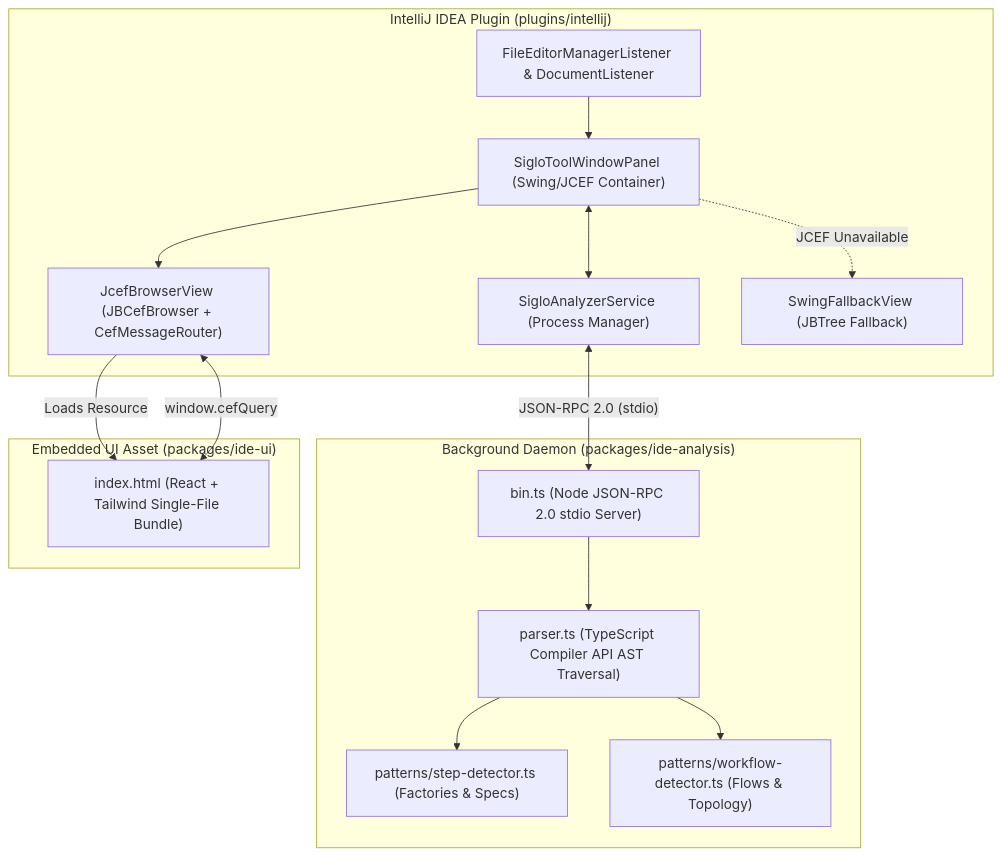
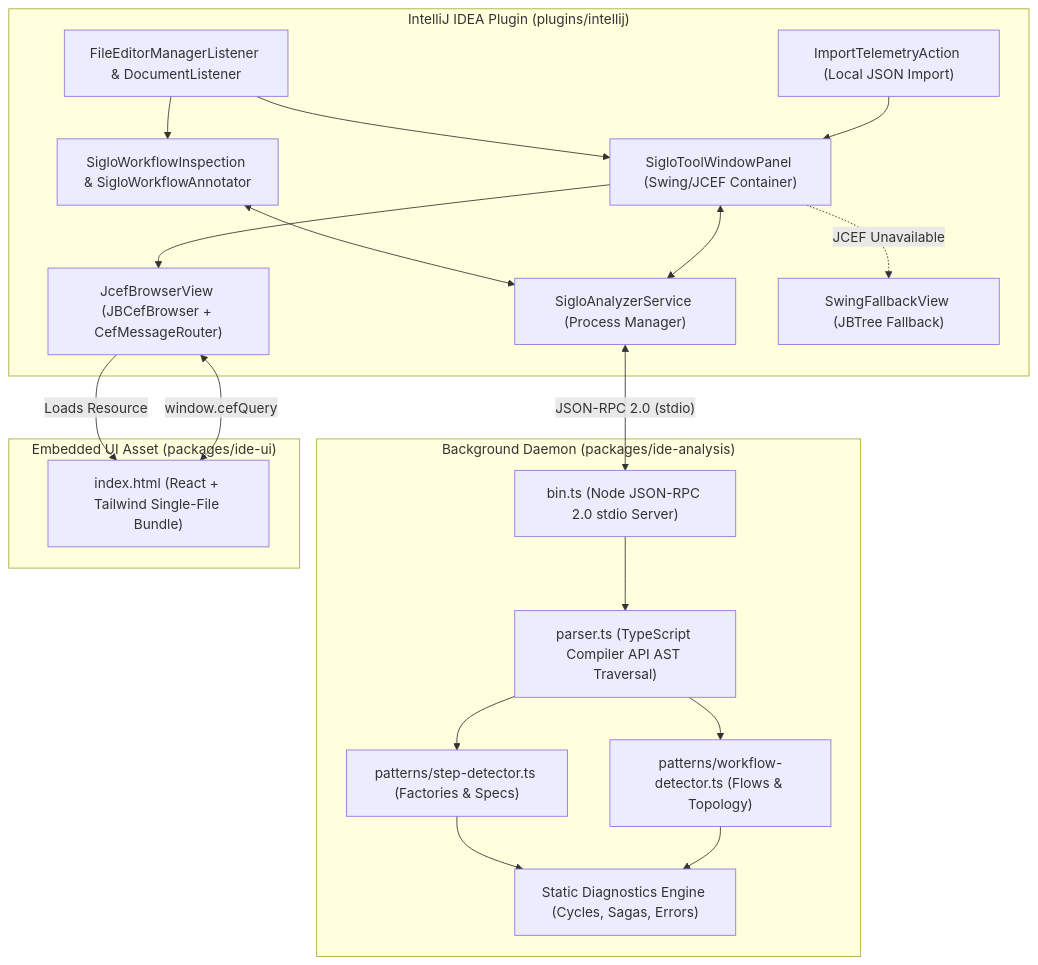
Before and after one commit to jsoftgem/siglo: the diagram in plugins/intellij/README.md, drawn with Mermaid. The commit also changed other lines of this file and 103 other files, not shown here.

First line of the commit message:
Release v1.2.3 — IDE Static Diagnostics, Ecosystem Deep-Dive Inspectors & Telemetry Import (#8)

````diff
--- a/plugins/intellij/README.md
+++ b/plugins/intellij/README.md
@@ -93,30 +105,36 @@
 ```mermaid
 flowchart TD
     subgraph IntelliJPlugin["IntelliJ IDEA Plugin (plugins/intellij)"]
         ToolWindow["SigloToolWindowPanel (Swing/JCEF Container)"]
         AnalyzerService["SigloAnalyzerService (Process Manager)"]
         BrowserView["JcefBrowserView (JBCefBrowser + CefMessageRouter)"]
         SwingFallback["SwingFallbackView (JBTree Fallback)"]
+        DiagnosticsInspection["SigloWorkflowInspection & SigloWorkflowAnnotator"]
+        TelemetryAction["ImportTelemetryAction (Local JSON Import)"]
         EditorListeners["FileEditorManagerListener & DocumentListener"]
     end
 
     subgraph AnalysisDaemon["Background Daemon (packages/ide-analysis)"]
         BinDaemon["bin.ts (Node JSON-RPC 2.0 stdio Server)"]
         Parser["parser.ts (TypeScript Compiler API AST Traversal)"]
         StepDetector["patterns/step-detector.ts (Factories & Specs)"]
         WorkflowDetector["patterns/workflow-detector.ts (Flows & Topology)"]
+        DiagnosticsEngine["Static Diagnostics Engine (Cycles, Sagas, Errors)"]
     end
 
     subgraph WebviewUI["Embedded UI Asset (packages/ide-ui)"]
         HtmlAsset["index.html (React + Tailwind Single-File Bundle)"]
     end
 
     EditorListeners --> ToolWindow
+    EditorListeners --> DiagnosticsInspection
+    DiagnosticsInspection <--> AnalyzerService
+    TelemetryAction --> ToolWindow
     ToolWindow <--> AnalyzerService
     AnalyzerService <-->|"JSON-RPC 2.0 (stdio)"| BinDaemon
-    BinDaemon --> Parser --> StepDetector & WorkflowDetector
+    BinDaemon --> Parser --> StepDetector & WorkflowDetector --> DiagnosticsEngine
     ToolWindow --> BrowserView
     ToolWindow -.->|"JCEF Unavailable"| SwingFallback
     BrowserView -->|"Loads Resource"| HtmlAsset
     BrowserView <-->|"window.cefQuery"| HtmlAsset
 ```
````
